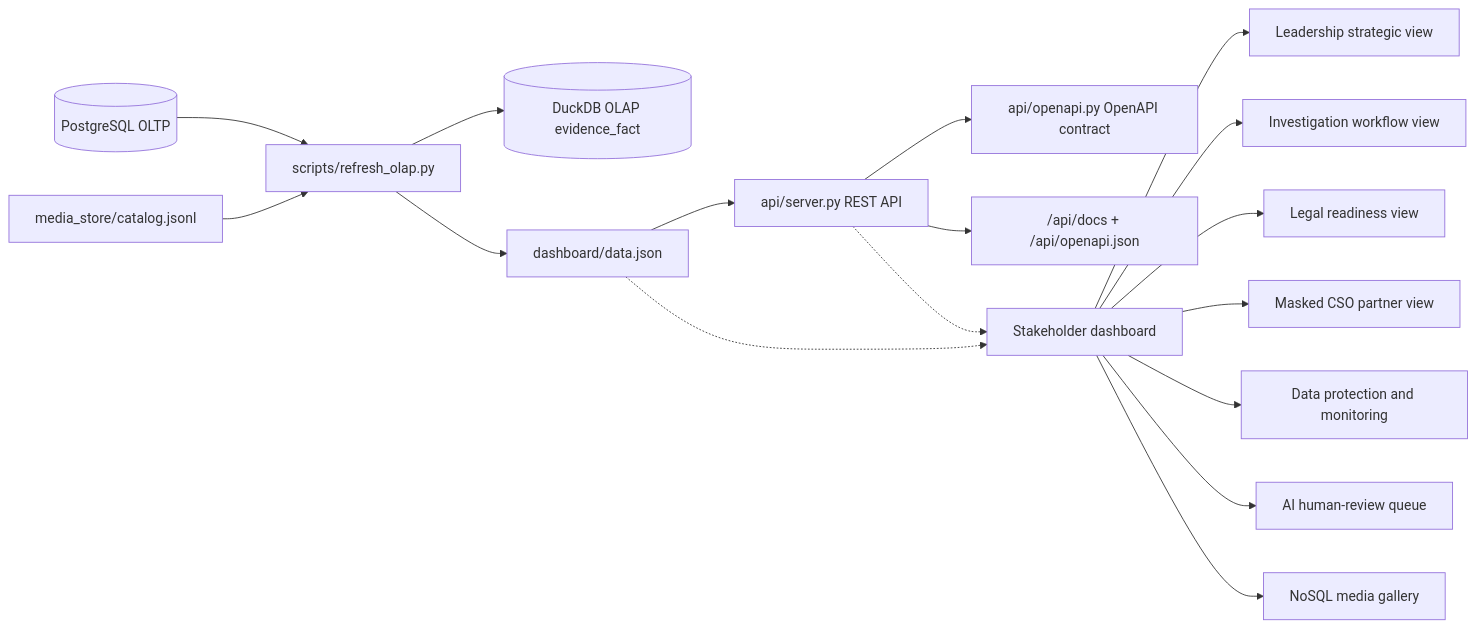
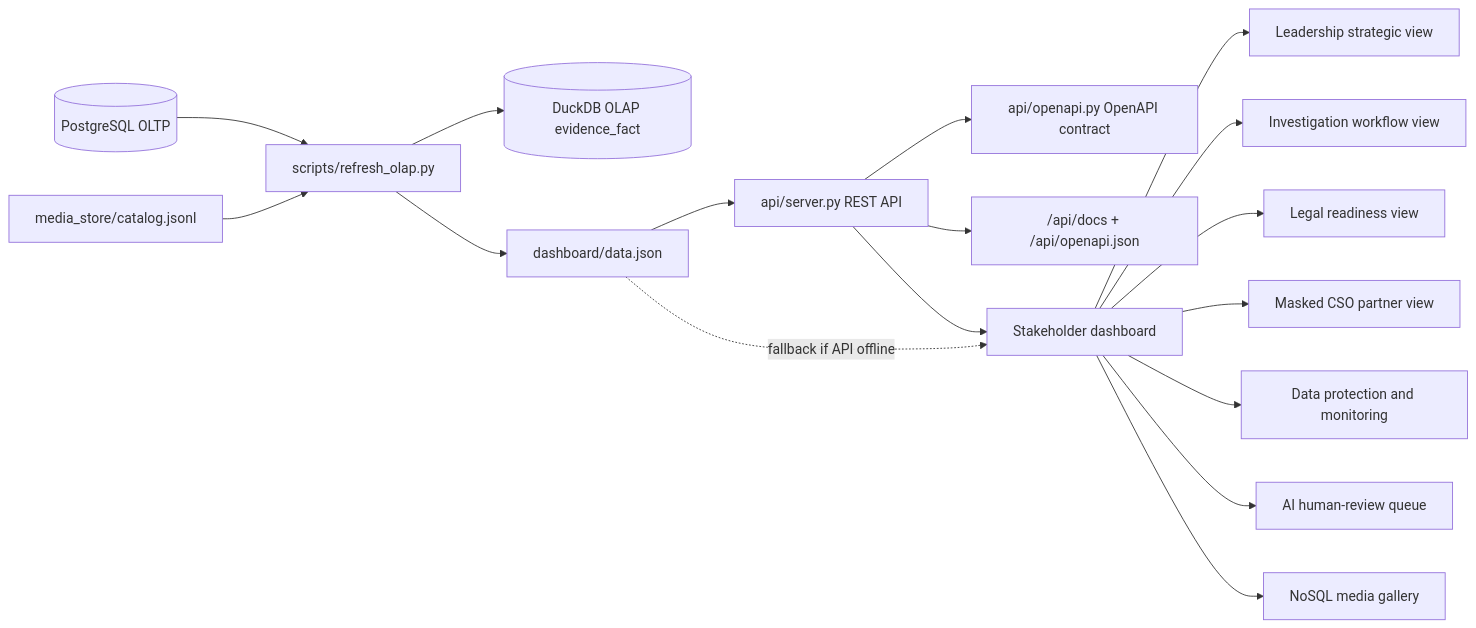
One commit to waigisteve/hrt-dbm-evidence-ops changed the third of 4 diagrams in architecture_and_business_case.md. Above: the diagram before and after it, drawn with Mermaid. The commit also changed other lines of this file and 8 other files, not shown here.

Commit message:
Make dashboard prefer API snapshot

````diff
--- a/architecture_and_business_case.md
+++ b/architecture_and_business_case.md
@@ -87,20 +87,20 @@
 ```mermaid
 flowchart LR
     PG[("PostgreSQL OLTP")] --> ETL["scripts/refresh_olap.py"]
     MediaCatalog["media_store/catalog.jsonl"] --> ETL
     ETL --> Duck[(DuckDB OLAP evidence_fact)]
     ETL --> Snapshot["dashboard/data.json"]
     Snapshot --> Api["api/server.py REST API"]
     Api --> OpenAPI["api/openapi.py OpenAPI contract"]
     Api --> ApiDocs["/api/docs + /api/openapi.json"]
-    Snapshot -.-> Dashboard["Stakeholder dashboard"]
-    Api -.-> Dashboard
+    Api --> Dashboard["Stakeholder dashboard"]
+    Snapshot -. fallback if API offline .-> Dashboard
 
     Dashboard --> Leadership[Leadership strategic view]
     Dashboard --> Investigations[Investigation workflow view]
     Dashboard --> Legal[Legal readiness view]
     Dashboard --> Partners[Masked CSO partner view]
     Dashboard --> DP[Data protection and monitoring]
     Dashboard --> AI[AI human-review queue]
     Dashboard --> Media[NoSQL media gallery]
 ```
````
